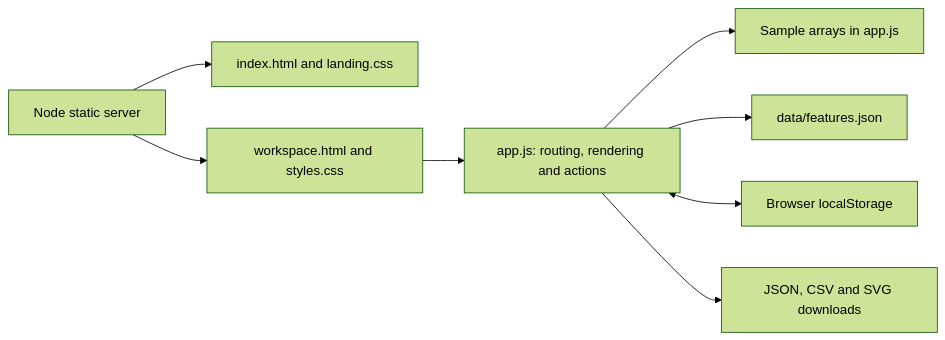
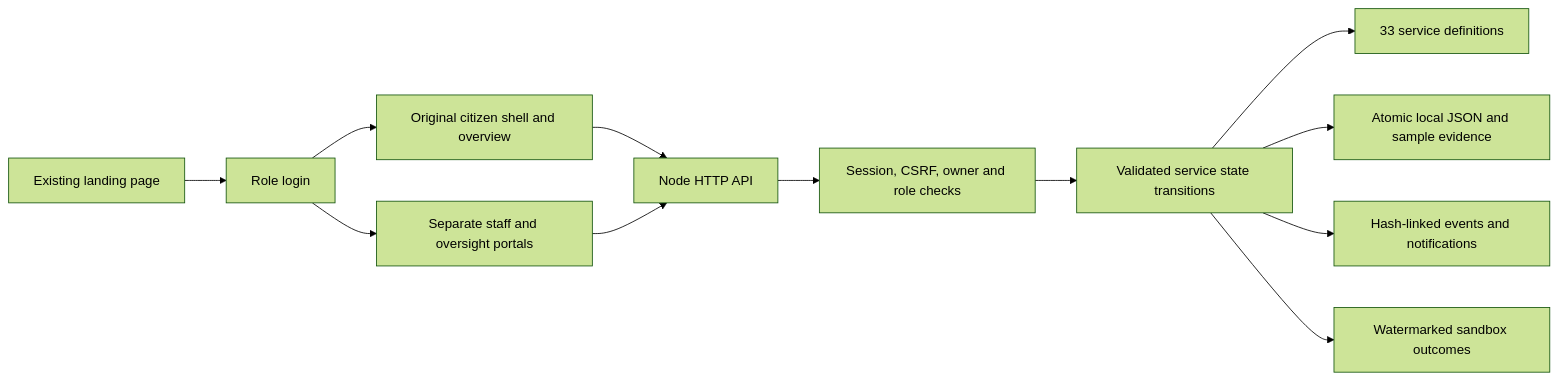
The second of 2 diagrams in README.md (Shreyalien/E-Bhumi), drawn with Mermaid (forest theme) before and after one commit. The commit also changed other lines of this file and 75 other files, not shown here.

Commit message:
Integrate role workflows while preserving citizen and regional design

````diff
--- a/README.md
+++ b/README.md
@@ -190,10 +197,14 @@
 ```mermaid
 flowchart LR
-    Server[Node static server] --> Landing[index.html and landing.css]
-    Server --> Shell[workspace.html and styles.css]
-    Shell --> App[app.js: routing, rendering and actions]
-    App --> Fixtures[Sample arrays in app.js]
-    App --> Manifest[data/features.json]
-    App <--> Storage[Browser localStorage]
-    App --> Files[JSON, CSV and SVG downloads]
+    Public[Existing landing page] --> Login[Role login]
+    Login --> Citizen[Original citizen shell and overview]
+    Login --> Staff[Separate staff and oversight portals]
+    Citizen --> API[Node HTTP API]
+    Staff --> API
+    API --> Guards[Session, CSRF, owner and role checks]
+    Guards --> Workflows[Validated service state transitions]
+    Workflows --> Catalogue[33 service definitions]
+    Workflows --> Store[Atomic local JSON and sample evidence]
+    Workflows --> Audit[Hash-linked events and notifications]
+    Workflows --> Output[Watermarked sandbox outcomes]
 ```
````
